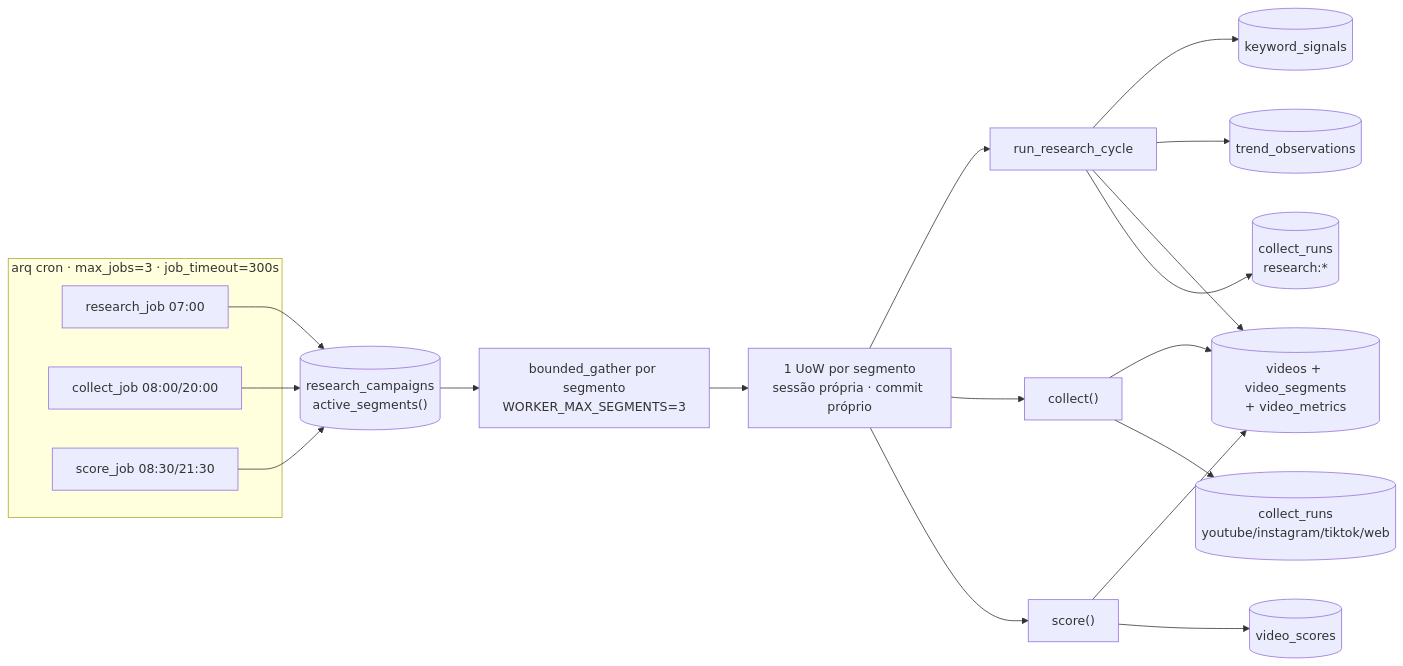
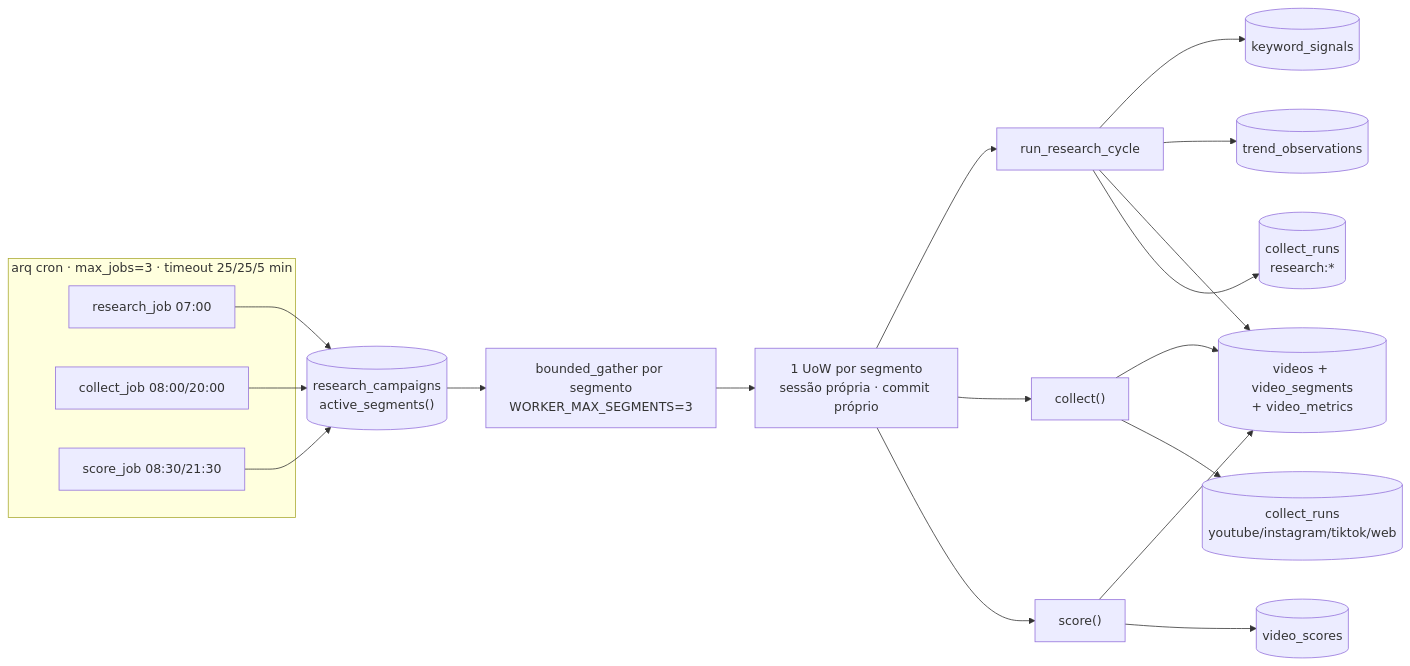
One commit to leonardodg/content-factory changed the third of 7 diagrams in docs/diagram/mapa-do-ciclo.md. Above: the diagram before and after it, drawn with Mermaid. The commit also changed other lines of this file and 5 other files, not shown here.

First line of the commit message:
fix(worker): timeout explícito por job, abaixo do TTL do lock

````diff
--- a/docs/diagram/mapa-do-ciclo.md
+++ b/docs/diagram/mapa-do-ciclo.md
@@ -85,25 +85,25 @@
 ```mermaid
 flowchart LR
-    subgraph CRON["arq cron · max_jobs=3 · job_timeout=300s"]
+    subgraph CRON["arq cron · max_jobs=3 · timeout 25/25/5 min"]
         R["research_job 07:00"]
         C["collect_job 08:00/20:00"]
         S["score_job 08:30/21:30"]
     end
     CAMP[("research_campaigns<br/>active_segments()")]
     R & C & S --> CAMP
     CAMP --> BG["bounded_gather por segmento<br/>WORKER_MAX_SEGMENTS=3"]
     BG --> UOW["1 UoW por segmento<br/>sessão própria · commit próprio"]
 
     UOW --> RC["run_research_cycle"]
     UOW --> CO["collect()"]
     UOW --> SC["score()"]
 
     RC --> KS[("keyword_signals")]
     RC --> TO[("trend_observations")]
     RC --> V[("videos + video_segments<br/>+ video_metrics")]
     RC --> CR[("collect_runs<br/>research:*")]
     CO --> V
     CO --> CR2[("collect_runs<br/>youtube/instagram/tiktok/web")]
     SC --> V
     SC --> VS[("video_scores")]
 ```
````
